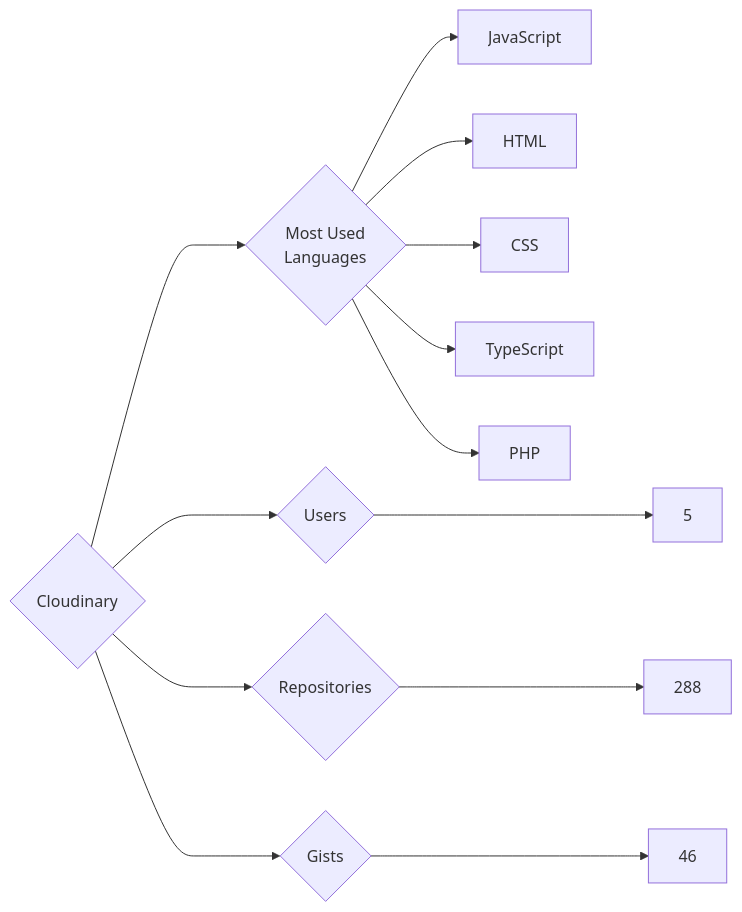
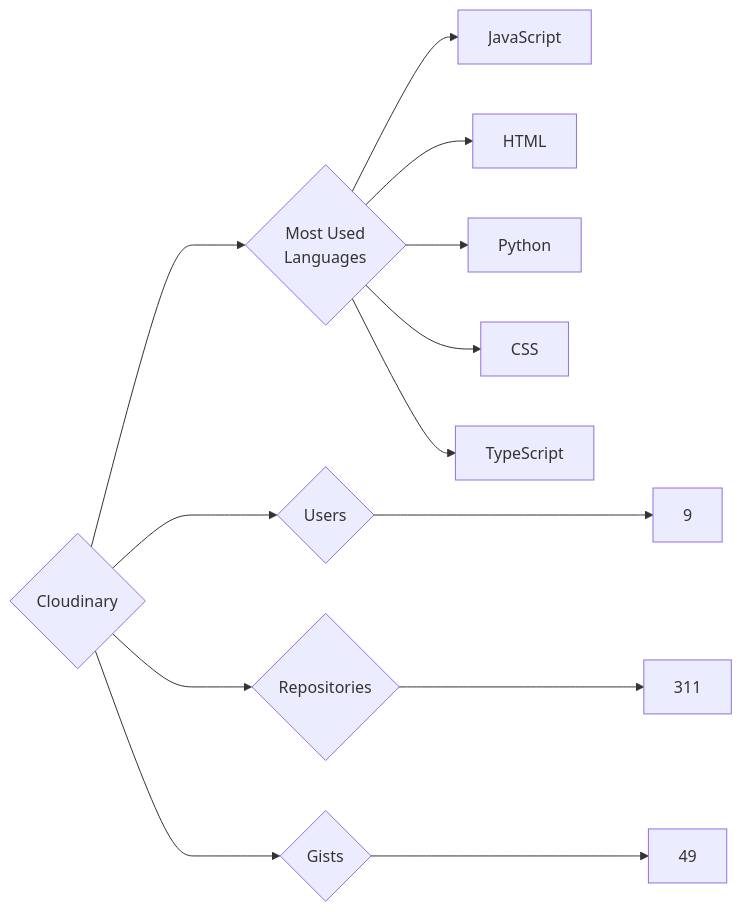
The diagram in targets/Cloudinary/README.md (trickest/insiders), drawn with Mermaid before and after one commit. The commit also changed 873 other files, not shown here.

````diff
--- a/targets/Cloudinary/README.md
+++ b/targets/Cloudinary/README.md
@@ -3,13 +3,13 @@
 ```mermaid
 graph LR
 COMPANY_NAME{Cloudinary}
-COMPANY_NAME ---> U{Users} ---> UN[5]
-COMPANY_NAME ---> R{Repositories} ---> RN[288]
-COMPANY_NAME ---> G{Gists} ---> GN[46]
+COMPANY_NAME ---> U{Users} ---> UN[9]
+COMPANY_NAME ---> R{Repositories} ---> RN[311]
+COMPANY_NAME ---> G{Gists} ---> GN[49]
 COMPANY_NAME ---> ML{Most Used<br>Languages}
 ML --> JavaScript[JavaScript]
 ML --> HTML[HTML]
+ML --> Python[Python]
 ML --> CSS[CSS]
 ML --> TypeScript[TypeScript]
-ML --> PHP[PHP]
 ```
````
